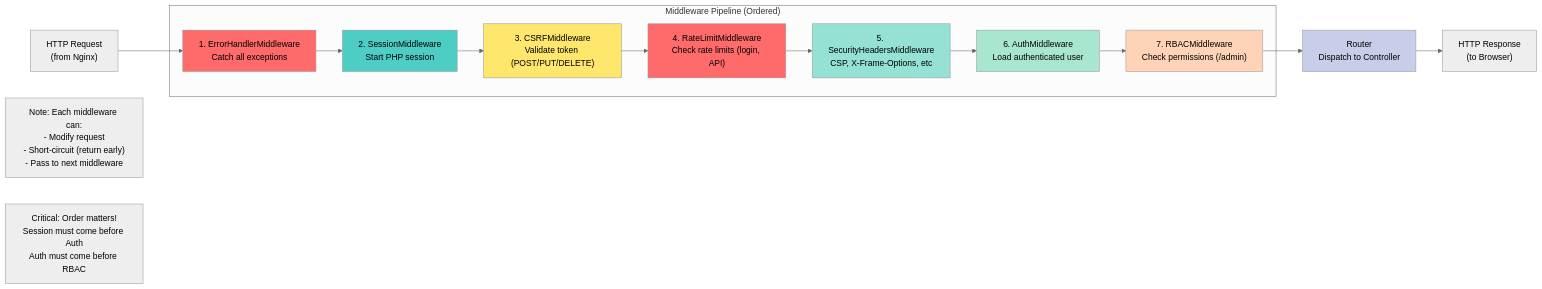
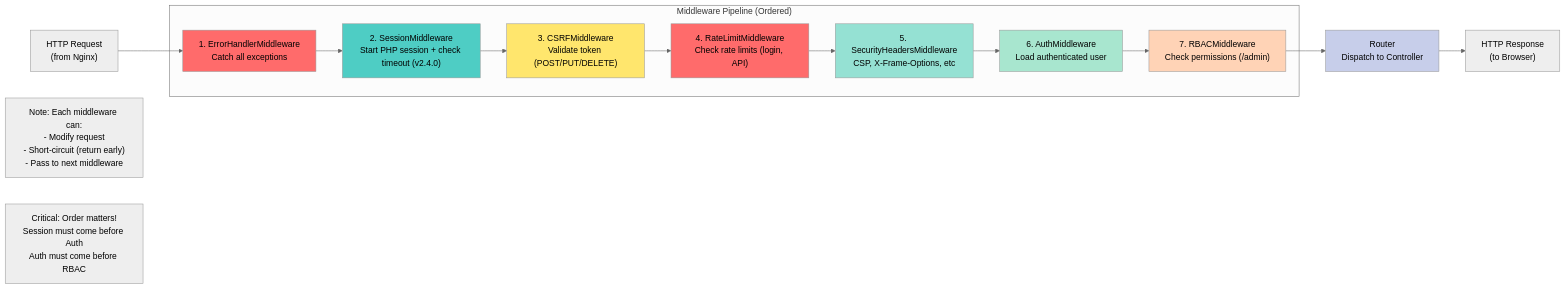
The diagram in docs/diagrams/middleware-pipeline.mmd (SLAED-CMS/LAAS), drawn with Mermaid (neutral theme) before and after one commit. The commit also changed 49 other files, not shown here.

```diff
--- a/docs/diagrams/middleware-pipeline.mmd
+++ b/docs/diagrams/middleware-pipeline.mmd
@@ -1,41 +1,41 @@
 graph LR
-    %% LAAS CMS v2.3.28 - Middleware Pipeline
+    %% LAAS CMS v2.4.0 - Middleware Pipeline
     %% 7 middlewares in strict order (Session before Auth, Auth before RBAC)
-    %% Security: CSRF, Rate Limiting, CSP, HSTS, RBAC, API Auth
+    %% Security: CSRF, Rate Limiting, CSP, HSTS, RBAC, API Auth, Session Timeout (v2.4.0)
     %% Performance: Total overhead 5-10ms
-    %% Version: v2.3.28 (2026-01-05)
+    %% Version: v2.4.0 (2026-01-07)
 
     Request["HTTP Request<br/>(from Nginx)"] --> ErrorHandler
 
     subgraph Pipeline["Middleware Pipeline (Ordered)"]
         ErrorHandler["1. ErrorHandlerMiddleware<br/>Catch all exceptions"]
-        Session["2. SessionMiddleware<br/>Start PHP session"]
+        Session["2. SessionMiddleware<br/>Start PHP session + check timeout (v2.4.0)"]
         CSRF["3. CSRFMiddleware<br/>Validate token (POST/PUT/DELETE)"]
         RateLimit["4. RateLimitMiddleware<br/>Check rate limits (login, API)"]
         Security["5. SecurityHeadersMiddleware<br/>CSP, X-Frame-Options, etc"]
         Auth["6. AuthMiddleware<br/>Load authenticated user"]
         RBAC["7. RBACMiddleware<br/>Check permissions (/admin)"]
 
         ErrorHandler --> Session
         Session --> CSRF
         CSRF --> RateLimit
         RateLimit --> Security
         Security --> Auth
         Auth --> RBAC
     end
 
     RBAC --> Router["Router<br/>Dispatch to Controller"]
     Router --> Response["HTTP Response<br/>(to Browser)"]
 
     style ErrorHandler fill:#ff6b6b
     style Session fill:#4ecdc4
     style CSRF fill:#ffe66d
     style RateLimit fill:#ff6b6b
     style Security fill:#95e1d3
     style Auth fill:#a8e6cf
     style RBAC fill:#ffd3b6
     style Router fill:#c7ceea
 
     %% Notes
     Note1["Note: Each middleware can:<br/>- Modify request<br/>- Short-circuit (return early)<br/>- Pass to next middleware"]
     Note2["Critical: Order matters!<br/>Session must come before Auth<br/>Auth must come before RBAC"]
```
